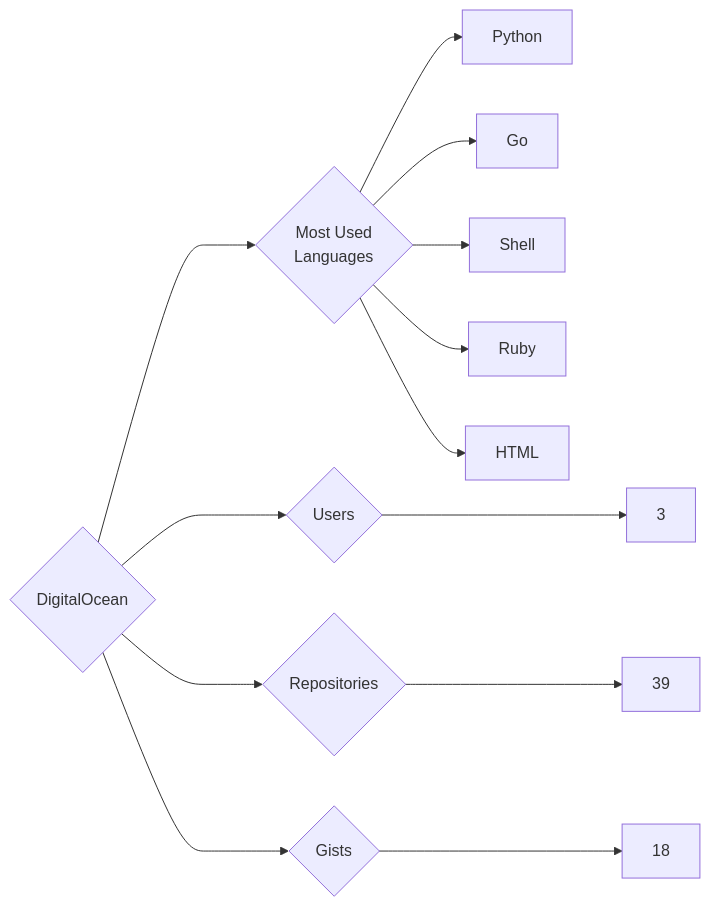
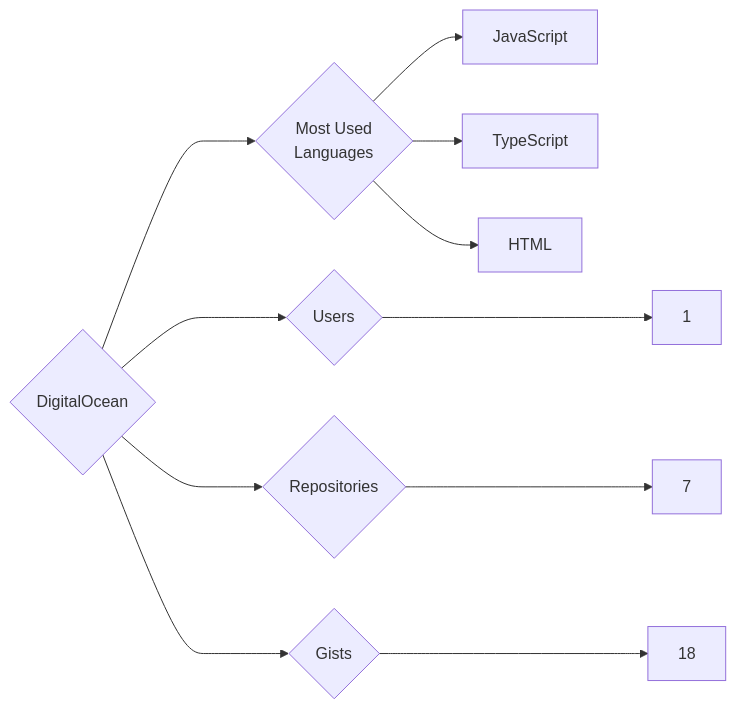
One commit to trickest/insiders changed the diagram in targets/DigitalOcean/README.md. Above: the diagram before and after it, drawn with Mermaid. The commit also changed 1078 other files, not shown here.

````diff
--- a/targets/DigitalOcean/README.md
+++ b/targets/DigitalOcean/README.md
@@ -3,13 +3,11 @@
 ```mermaid
 graph LR
 COMPANY_NAME{DigitalOcean}
-COMPANY_NAME ---> U{Users} ---> UN[3]
-COMPANY_NAME ---> R{Repositories} ---> RN[39]
+COMPANY_NAME ---> U{Users} ---> UN[1]
+COMPANY_NAME ---> R{Repositories} ---> RN[7]
 COMPANY_NAME ---> G{Gists} ---> GN[18]
 COMPANY_NAME ---> ML{Most Used<br>Languages}
-ML --> Python[Python]
-ML --> Go[Go]
-ML --> Shell[Shell]
-ML --> Ruby[Ruby]
+ML --> JavaScript[JavaScript]
+ML --> TypeScript[TypeScript]
 ML --> HTML[HTML]
 ```
````
